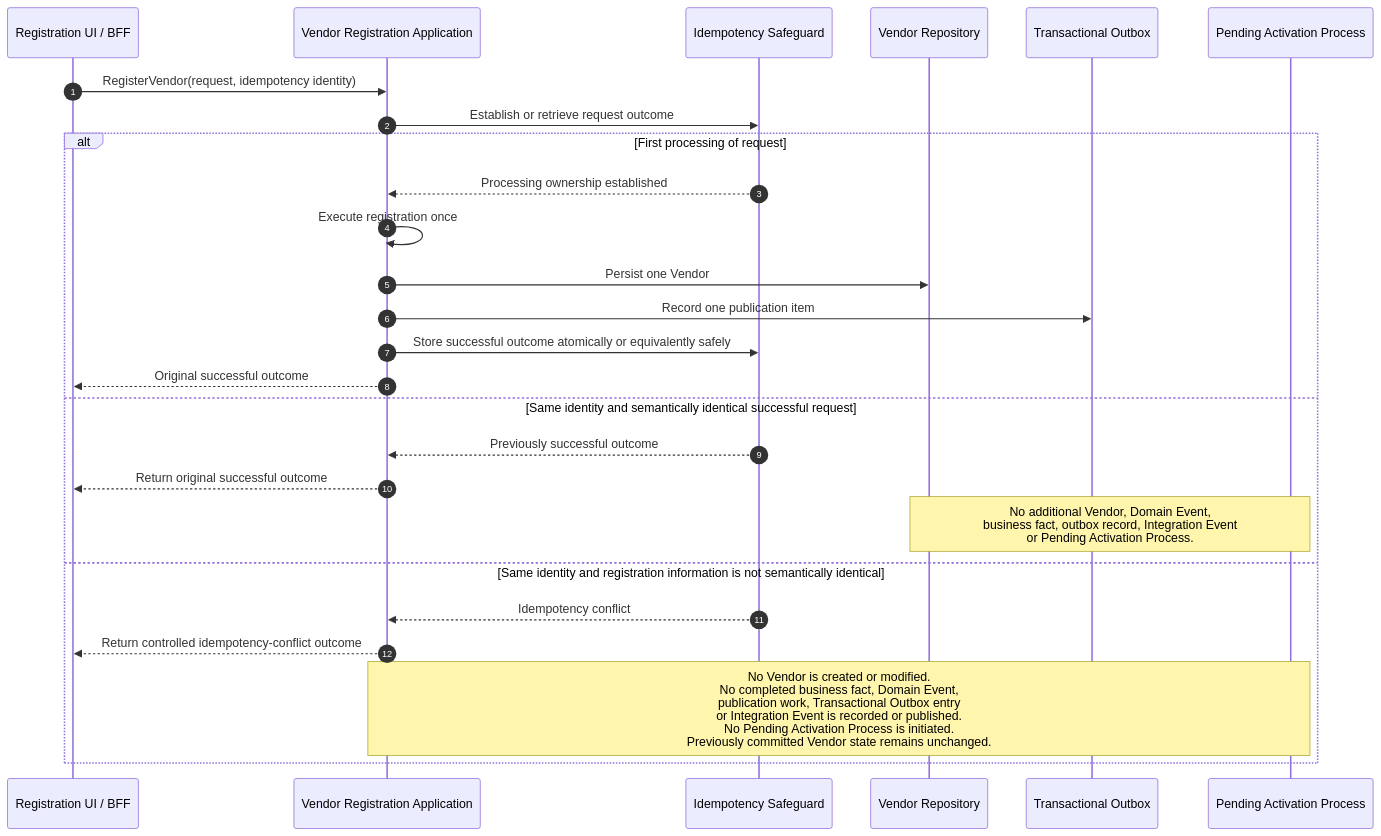
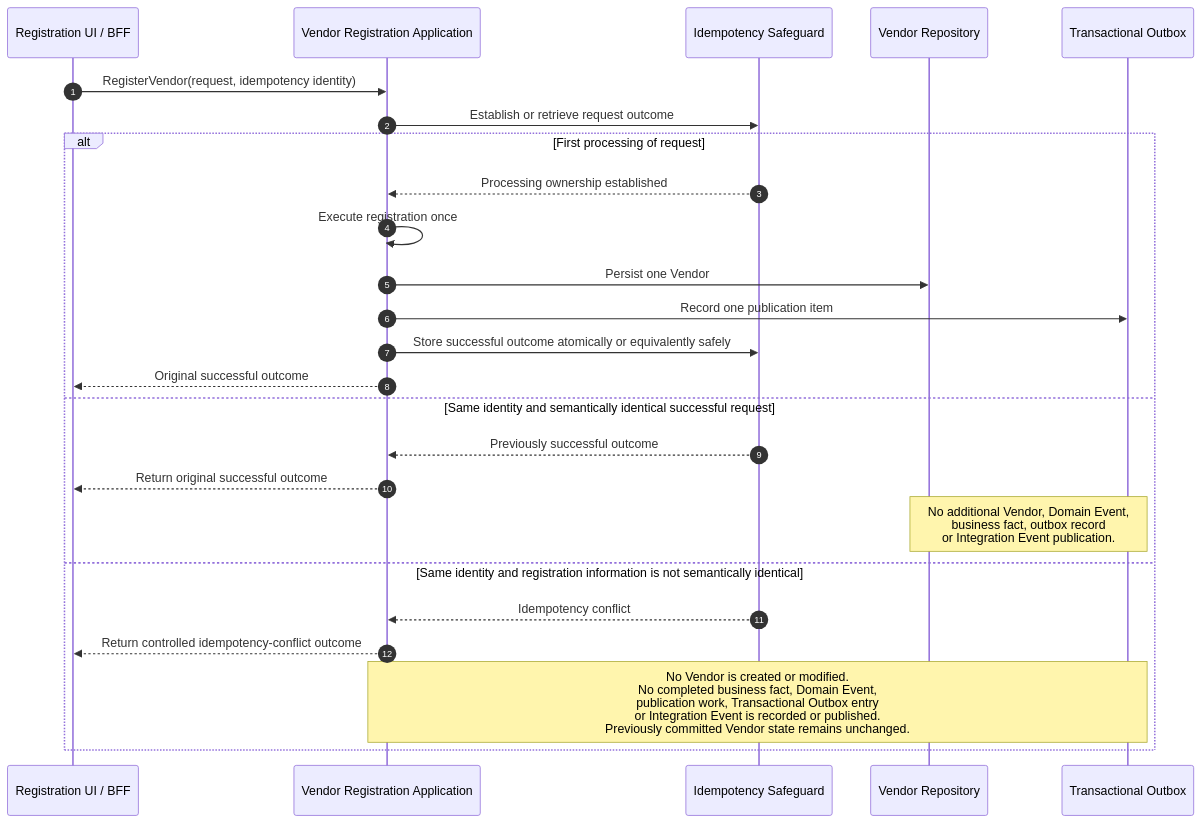
The fourth of 7 diagrams in docs/architecture/HJ-105 - Vendor Registration Sequence Diagram.md (Joasties/HotJoes), drawn with Mermaid before and after one commit. The commit also changed other lines of this file and 25 other files, not shown here.

First line of the commit message:
Add Epic 1 scope and architecture concern governance

````diff
--- a/docs/architecture/HJ-105 - Vendor Registration Sequence Diagram.md
+++ b/docs/architecture/HJ-105 - Vendor Registration Sequence Diagram.md
@@ -333,30 +336,29 @@
 ```mermaid
 sequenceDiagram
     autonumber
     participant Client as Registration UI / BFF
     participant Application as Vendor Registration Application
     participant Idempotency as Idempotency Safeguard
     participant Repository as Vendor Repository
     participant Outbox as Transactional Outbox
-    participant Pending as Pending Activation Process
 
     Client->>Application: RegisterVendor(request, idempotency identity)
     Application->>Idempotency: Establish or retrieve request outcome
 
     alt First processing of request
         Idempotency-->>Application: Processing ownership established
         Application->>Application: Execute registration once
         Application->>Repository: Persist one Vendor
         Application->>Outbox: Record one publication item
         Application->>Idempotency: Store successful outcome atomically or equivalently safely
         Application-->>Client: Original successful outcome
     else Same identity and semantically identical successful request
         Idempotency-->>Application: Previously successful outcome
         Application-->>Client: Return original successful outcome
-        Note over Repository,Pending: No additional Vendor, Domain Event,<br/>business fact, outbox record, Integration Event<br/>or Pending Activation Process.
+        Note over Repository,Outbox: No additional Vendor, Domain Event,<br/>business fact, outbox record<br/>or Integration Event publication.
     else Same identity and registration information is not semantically identical
         Idempotency-->>Application: Idempotency conflict
         Application-->>Client: Return controlled idempotency-conflict outcome
-        Note over Application,Pending: No Vendor is created or modified.<br/>No completed business fact, Domain Event,<br/>publication work, Transactional Outbox entry<br/>or Integration Event is recorded or published.<br/>No Pending Activation Process is initiated.<br/>Previously committed Vendor state remains unchanged.
+        Note over Application,Outbox: No Vendor is created or modified.<br/>No completed business fact, Domain Event,<br/>publication work, Transactional Outbox entry<br/>or Integration Event is recorded or published.<br/>Previously committed Vendor state remains unchanged.
     end
 ```
````
